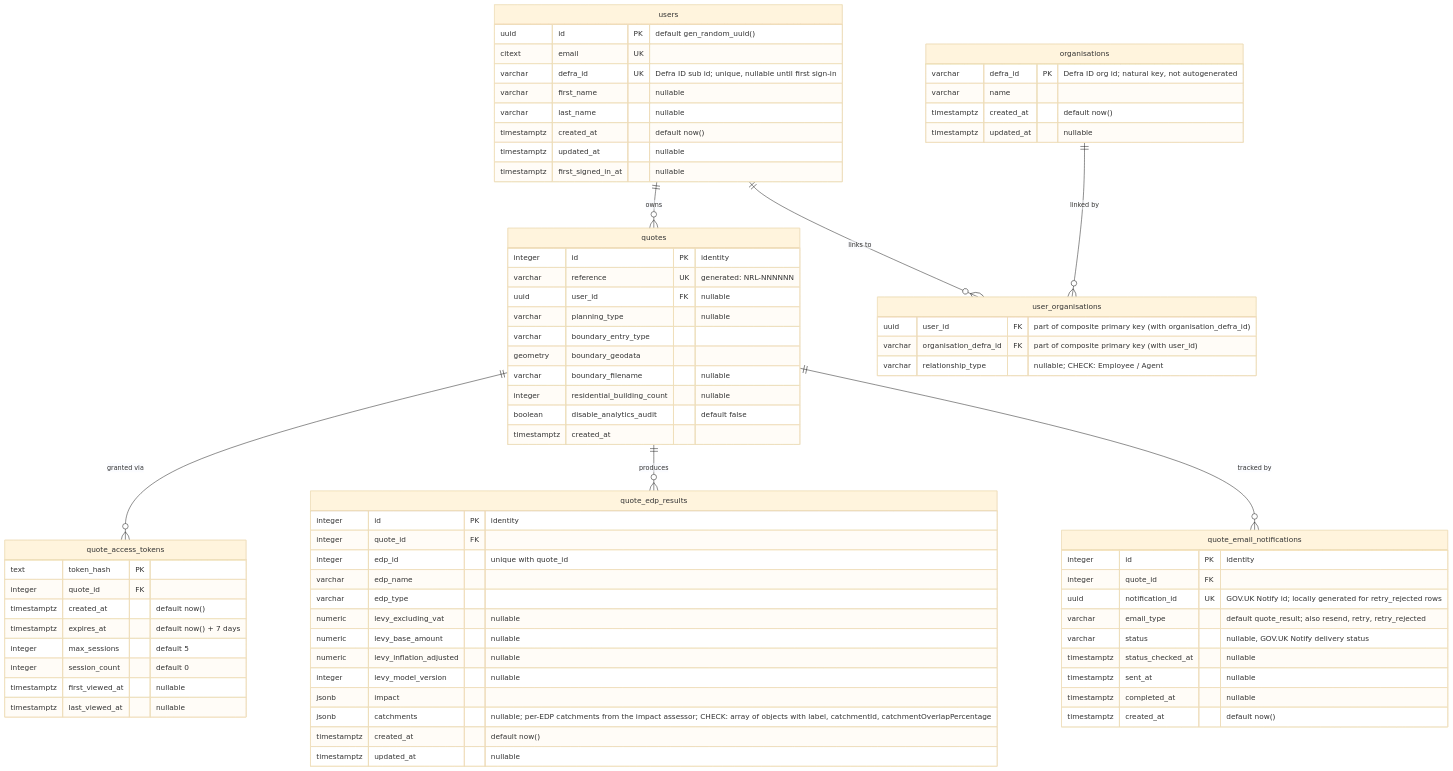
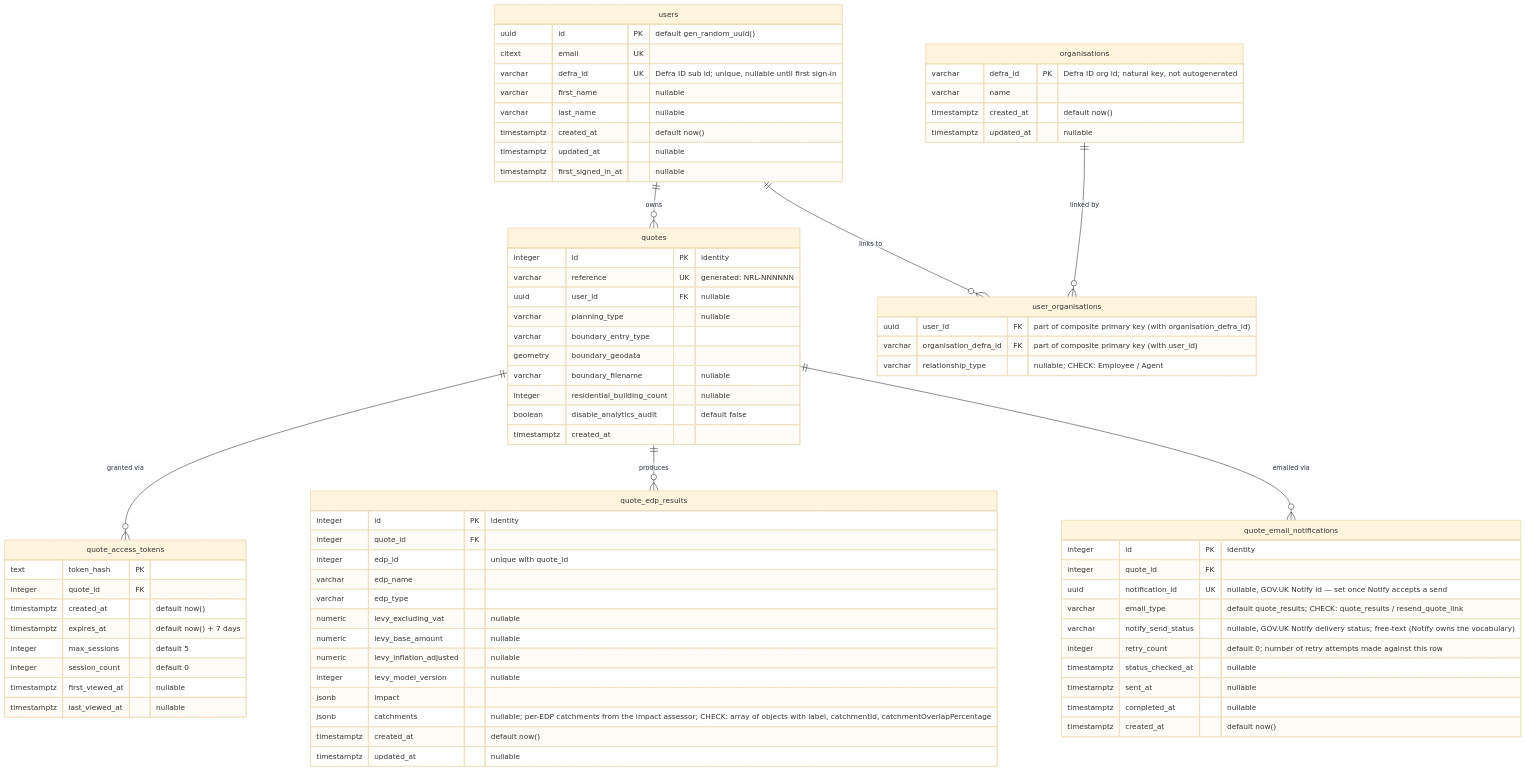
Before and after one commit to DEFRA/nrf-backend: the diagram in docs/quote-database-diagram.md, drawn with Mermaid (base theme). The commit also changed other lines of this file and 38 other files, not shown here.

Commit message:
Combine notify poller and email resend; single notifications row per quote (#310)

```diff
--- a/docs/quote-database-diagram.md
+++ b/docs/quote-database-diagram.md
@@ -12,7 +13,7 @@
     users ||--o{ quotes : "owns"
     quotes ||--o{ quote_access_tokens : "granted via"
     quotes ||--o{ quote_edp_results : "produces"
-    quotes ||--o{ quote_email_notifications : "tracked by"
+    quotes ||--o{ quote_email_notifications : "emailed via"
     users ||--o{ user_organisations : "links to"
     organisations ||--o{ user_organisations : "linked by"
 
@@ -83,9 +84,10 @@
     quote_email_notifications {
         integer id PK "identity"
         integer quote_id FK
-        uuid notification_id UK "GOV.UK Notify id; locally generated for retry_rejected rows"
-        varchar email_type "default quote_result; also resend, retry, retry_rejected"
-        varchar status "nullable, GOV.UK Notify delivery status"
+        uuid notification_id UK "nullable, GOV.UK Notify id — set once Notify accepts a send"
+        varchar email_type "default quote_results; CHECK: quote_results / resend_quote_link"
+        varchar notify_send_status "nullable, GOV.UK Notify delivery status; free-text (Notify owns the vocabulary)"
+        integer retry_count "default 0; number of retry attempts made against this row"
         timestamptz status_checked_at "nullable"
         timestamptz sent_at "nullable"
         timestamptz completed_at "nullable"
```
